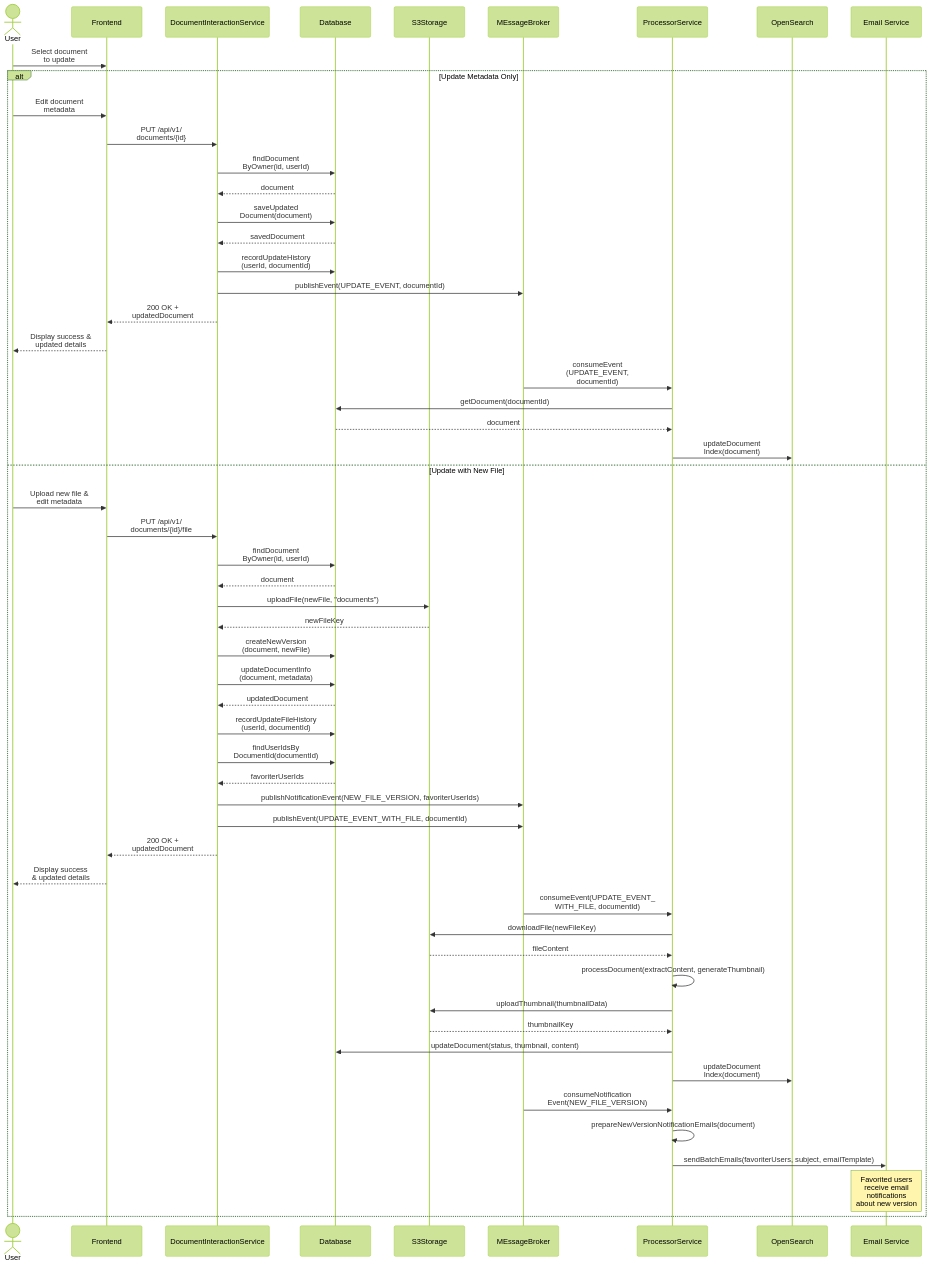
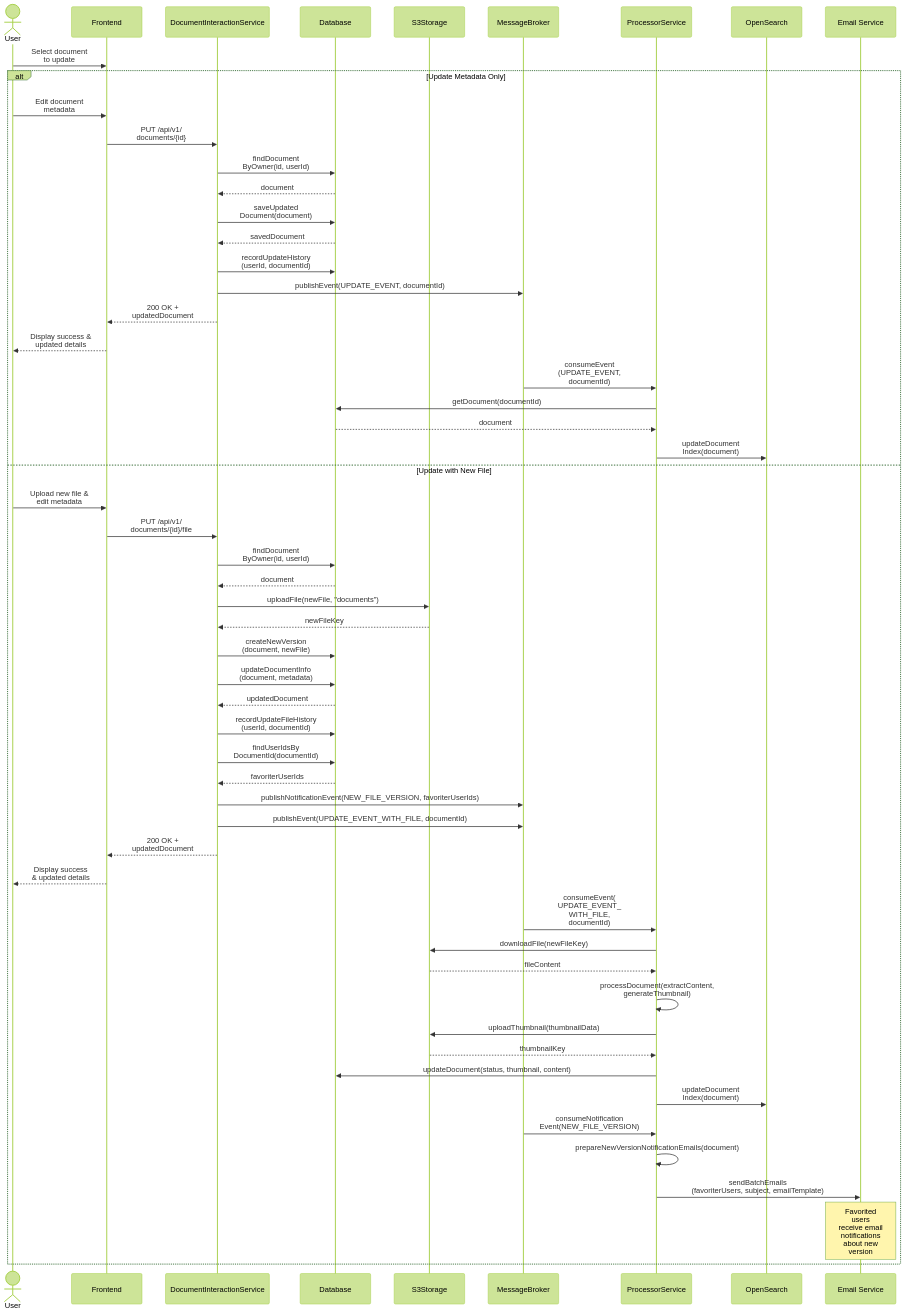
Before and after one commit to loidinhm31/document-management-and-search-system: the diagram in project/sequence-diagram/2.3_update-document-information-sequence.mermaid, drawn with Mermaid (forest theme). The commit also changed 3 other files, not shown here.

```diff
--- a/project/sequence-diagram/2.3_update-document-information-sequence.mermaid
+++ b/project/sequence-diagram/2.3_update-document-information-sequence.mermaid
@@ -1,79 +1,79 @@
 sequenceDiagram
     actor User
     participant Frontend
     participant DIS as DocumentInteractionService
     participant DB as Database
     participant S3 as S3Storage
-    participant MQ as MEssageBroker
+    participant MQ as MessageBroker
     participant PS as ProcessorService
     participant OS as OpenSearch
     participant ES as Email Service
 
     User->>Frontend: Select document <br> to update
 
     alt Update Metadata Only
         User->>Frontend: Edit document <br> metadata
         Frontend->>DIS: PUT /api/v1/<br>documents/{id}
 
         DIS->>DB: findDocument<br>ByOwner(id, userId)
         DB-->>DIS: document
 
         DIS->>DB: saveUpdated<br>Document(document)
         DB-->>DIS: savedDocument
 
         DIS->>DB: recordUpdateHistory<br>(userId, documentId)
         DIS->>MQ: publishEvent(UPDATE_EVENT, documentId)
 
         DIS-->>Frontend: 200 OK + <br> updatedDocument
         Frontend-->>User: Display success &<br> updated details
 
         MQ->>PS: consumeEvent<br>(UPDATE_EVENT,<br> documentId)
         PS->>DB: getDocument(documentId)
         DB-->>PS: document
 
         PS->>OS: updateDocument<br>Index(document)
     else Update with New File
         User->>Frontend: Upload new file & <br> edit metadata
         Frontend->>DIS: PUT /api/v1/<br>documents/{id}/file
 
         DIS->>DB: findDocument<br>ByOwner(id, userId)
         DB-->>DIS: document
 
         DIS->>S3: uploadFile(newFile, "documents")
         S3-->>DIS: newFileKey
 
         DIS->>DB: createNewVersion<br>(document, newFile)
         DIS->>DB: updateDocumentInfo<br>(document, metadata)
         DB-->>DIS: updatedDocument
 
         DIS->>DB: recordUpdateFileHistory<br>(userId, documentId)
 
     %% Notification flow for new file version
         DIS->>DB: findUserIdsBy<br>DocumentId(documentId)
         DB-->>DIS: favoriterUserIds
         DIS->>MQ: publishNotificationEvent(NEW_FILE_VERSION, favoriterUserIds)
 
         DIS->>MQ: publishEvent(UPDATE_EVENT_WITH_FILE, documentId)
 
         DIS-->>Frontend: 200 OK + <br> updatedDocument
         Frontend-->>User: Display success <br> & updated details
 
     %% Process new file version
-        MQ->>PS: consumeEvent(UPDATE_EVENT_<br>WITH_FILE, documentId)
+        MQ->>PS: consumeEvent(<br>UPDATE_EVENT_<br>WITH_FILE,<br> documentId)
         PS->>S3: downloadFile(newFileKey)
         S3-->>PS: fileContent
 
-        PS->>PS: processDocument(extractContent, generateThumbnail)
+        PS->>PS: processDocument(extractContent, <br> generateThumbnail)
         PS->>S3: uploadThumbnail(thumbnailData)
         S3-->>PS: thumbnailKey
 
         PS->>DB: updateDocument(status, thumbnail, content)
         PS->>OS: updateDocument<br>Index(document)
 
     %% Email notification processing
         MQ->>PS: consumeNotification<br>Event(NEW_FILE_VERSION)
         PS->>PS: prepareNewVersionNotificationEmails(document)
-        PS->>ES: sendBatchEmails(favoriterUsers, subject, emailTemplate)
 
-        Note over ES: Favorited users <br>receive email <br> notifications <br>about new version
+        PS->>ES: sendBatchEmails<br>(favoriterUsers, subject, emailTemplate)
+        Note over ES: Favorited <br> users <br>receive email <br> notifications <br>about new <br> version
     end
```
